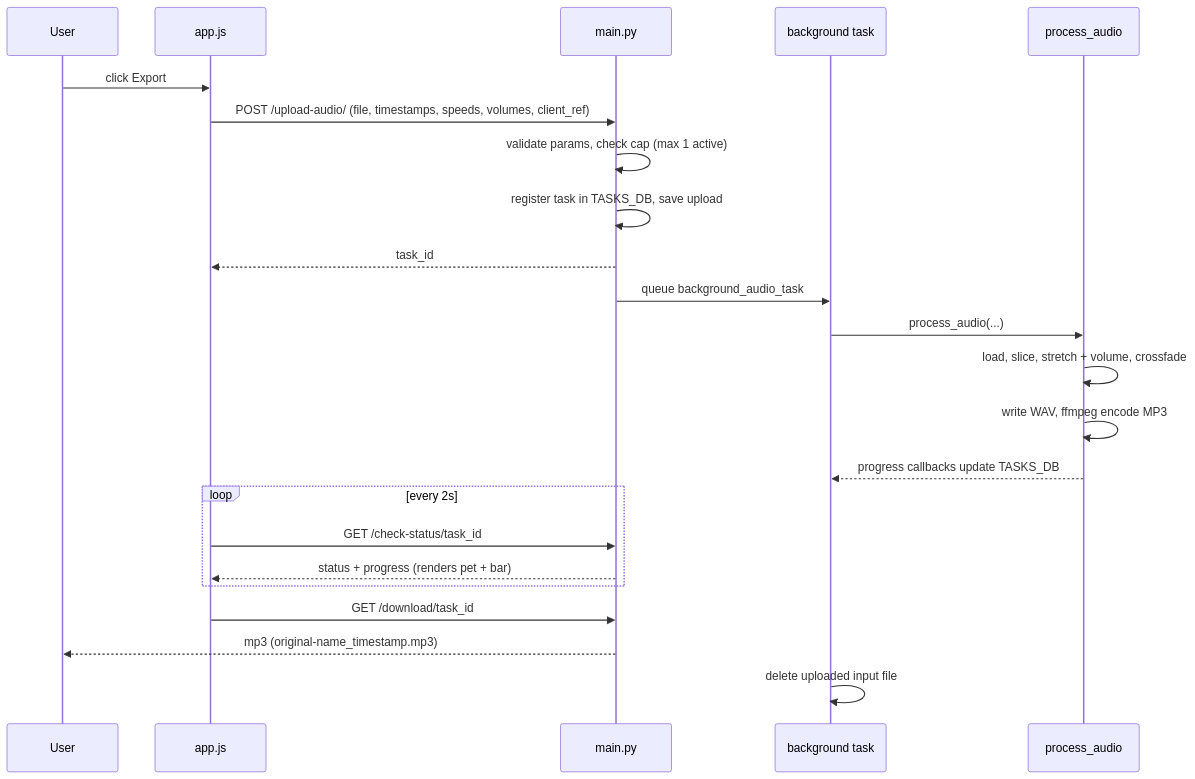
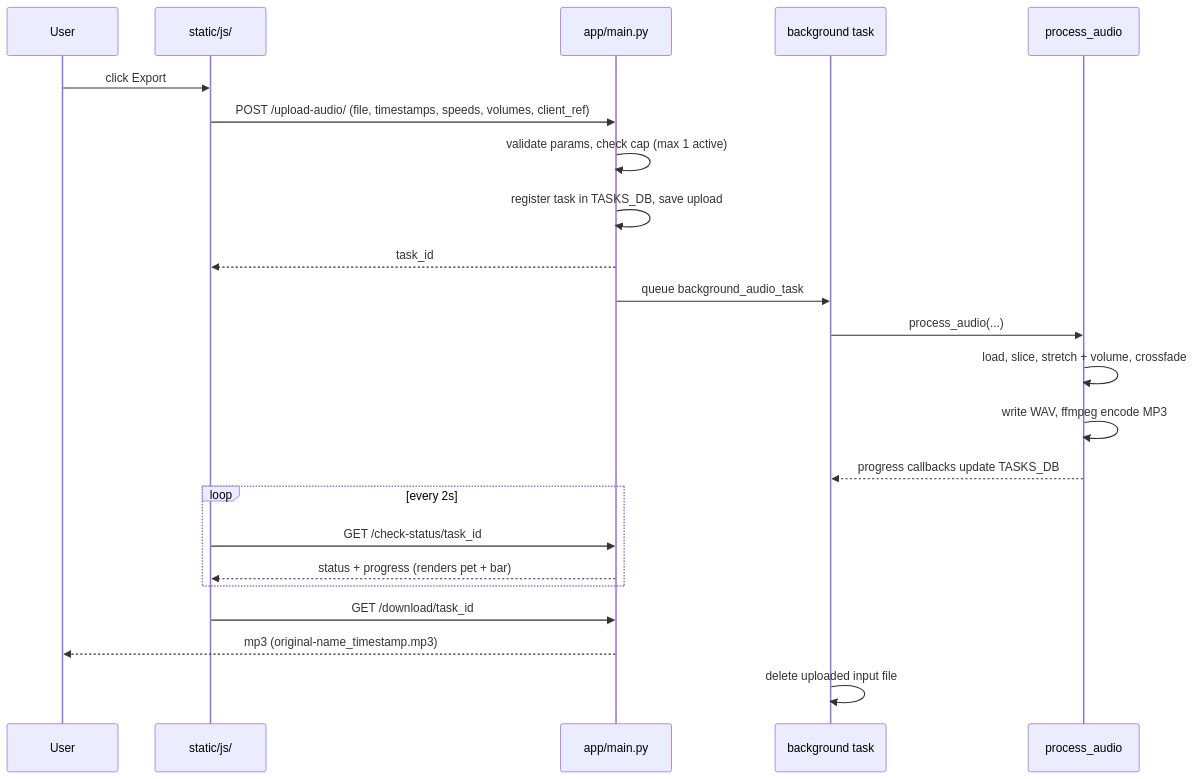
One commit to JingyiEureka/musiclab changed the second of 2 diagrams in ARCHITECTURE.md. Above: the diagram before and after it, drawn with Mermaid. The commit also changed other lines of this file and 25 other files, not shown here.

First line of the commit message:
Reorganise into app/, static/, and tests/

````diff
--- a/ARCHITECTURE.md
+++ b/ARCHITECTURE.md
@@ -52,26 +52,26 @@
 ```mermaid
 sequenceDiagram
     participant U as User
-    participant FE as app.js
-    participant API as main.py
+    participant FE as static/js/
+    participant API as app/main.py
     participant W as background task
     participant SC as process_audio
 
     U->>FE: click Export
     FE->>API: POST /upload-audio/ (file, timestamps, speeds, volumes, client_ref)
     API->>API: validate params, check cap (max 1 active)
     API->>API: register task in TASKS_DB, save upload
     API-->>FE: task_id
     API->>W: queue background_audio_task
     W->>SC: process_audio(...)
     SC->>SC: load, slice, stretch + volume, crossfade
     SC->>SC: write WAV, ffmpeg encode MP3
     SC-->>W: progress callbacks update TASKS_DB
     loop every 2s
         FE->>API: GET /check-status/task_id
         API-->>FE: status + progress (renders pet + bar)
     end
     FE->>API: GET /download/task_id
     API-->>U: mp3 (original-name_timestamp.mp3)
     W->>W: delete uploaded input file
 ```
````
